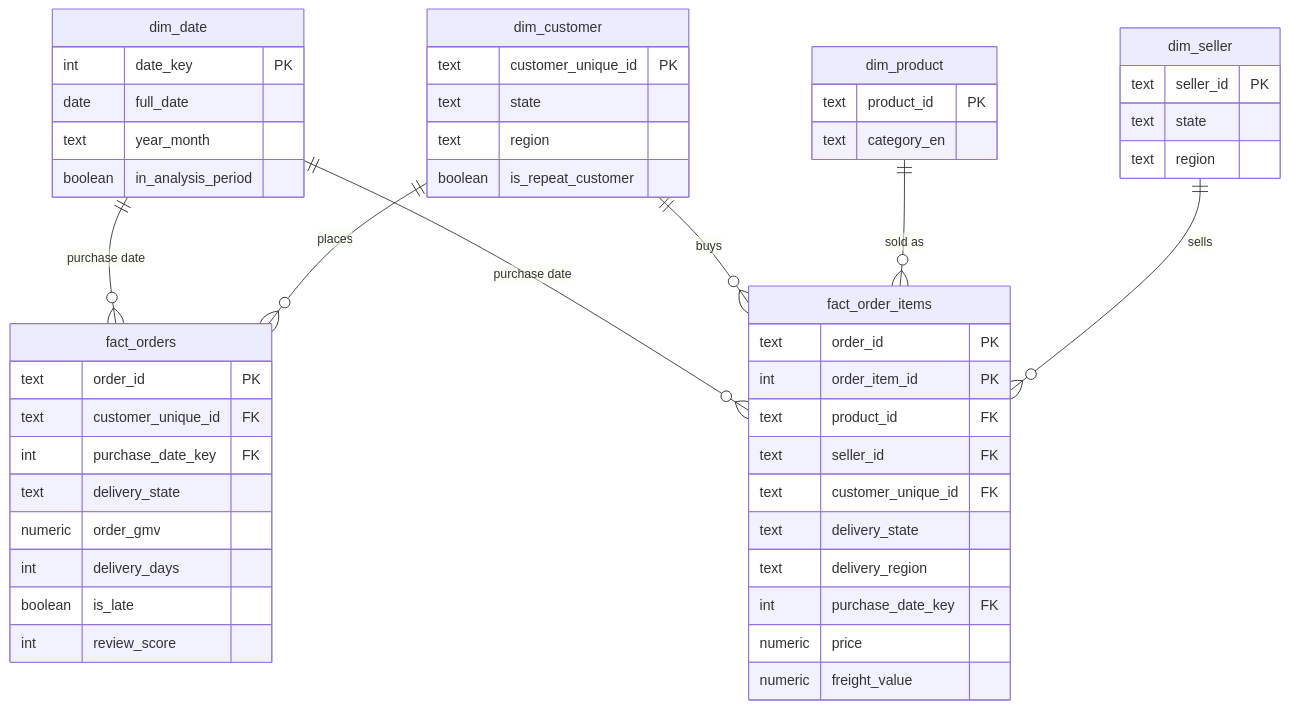
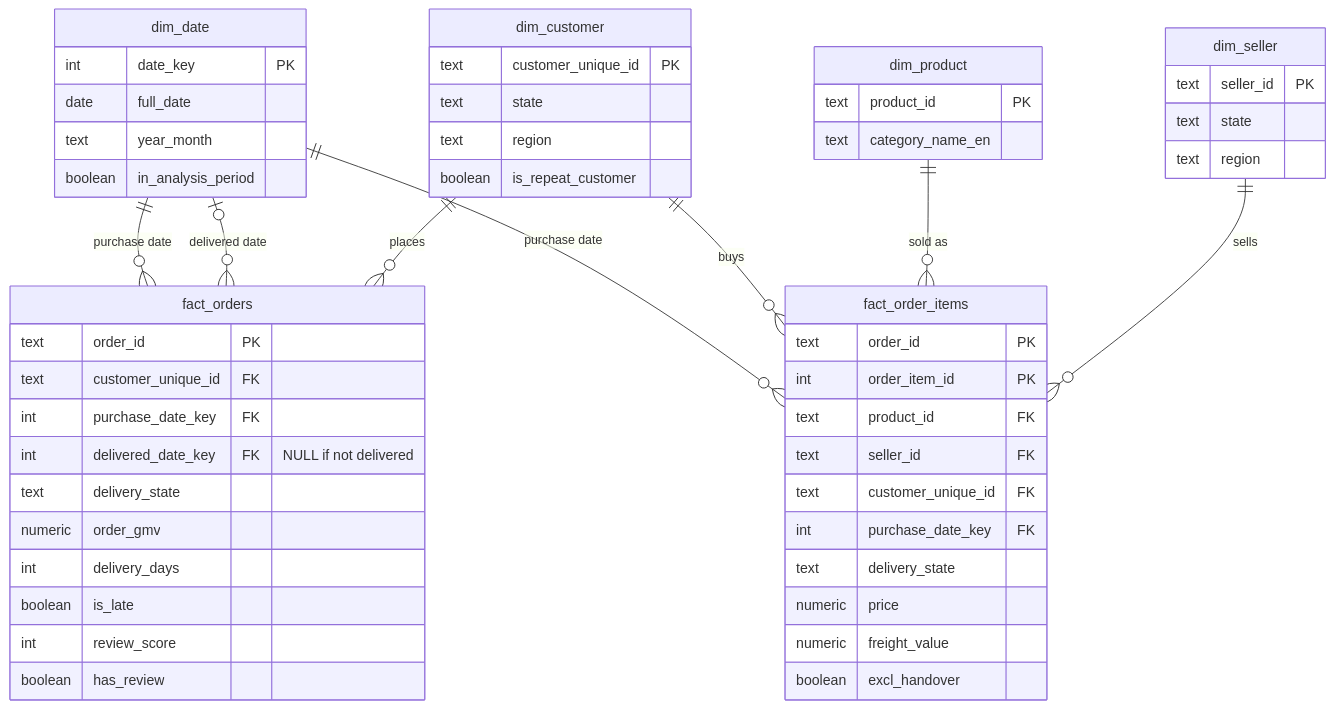
One commit to dbsaragih/olist-commercial-analytics changed the diagram in docs/03_data_model.md. Above: the diagram before and after it, drawn with Mermaid. The commit also changed other lines of this file, not shown here.

Commit message:
Update data model diagram: delivered date role and built columns

````diff
--- a/docs/03_data_model.md
+++ b/docs/03_data_model.md
@@ -13,53 +13,56 @@
 ```mermaid
 erDiagram
     dim_date     ||--o{ fact_orders      : "purchase date"
+    dim_date     |o--o{ fact_orders      : "delivered date"
     dim_customer ||--o{ fact_orders      : "places"
     dim_date     ||--o{ fact_order_items : "purchase date"
     dim_customer ||--o{ fact_order_items : "buys"
     dim_product  ||--o{ fact_order_items : "sold as"
     dim_seller   ||--o{ fact_order_items : "sells"
 
     fact_orders {
         text    order_id PK
         text    customer_unique_id FK
         int     purchase_date_key FK
+        int     delivered_date_key FK "NULL if not delivered"
         text    delivery_state
         numeric order_gmv
         int     delivery_days
         boolean is_late
         int     review_score
+        boolean has_review
     }
     fact_order_items {
         text    order_id PK
         int     order_item_id PK
         text    product_id FK
         text    seller_id FK
         text    customer_unique_id FK
+        int     purchase_date_key FK
         text    delivery_state
-        text    delivery_region
-        int     purchase_date_key FK
         numeric price
         numeric freight_value
+        boolean excl_handover
     }
     dim_customer {
-        text customer_unique_id PK
-        text state
-        text region
+        text    customer_unique_id PK
+        text    state
+        text    region
         boolean is_repeat_customer
     }
     dim_product {
         text product_id PK
-        text category_en
+        text category_name_en
     }
     dim_seller {
         text seller_id PK
         text state
         text region
     }
     dim_date {
-        int  date_key PK
-        date full_date
-        text year_month
+        int     date_key PK
+        date    full_date
+        text    year_month
         boolean in_analysis_period
     }
 ```
````
